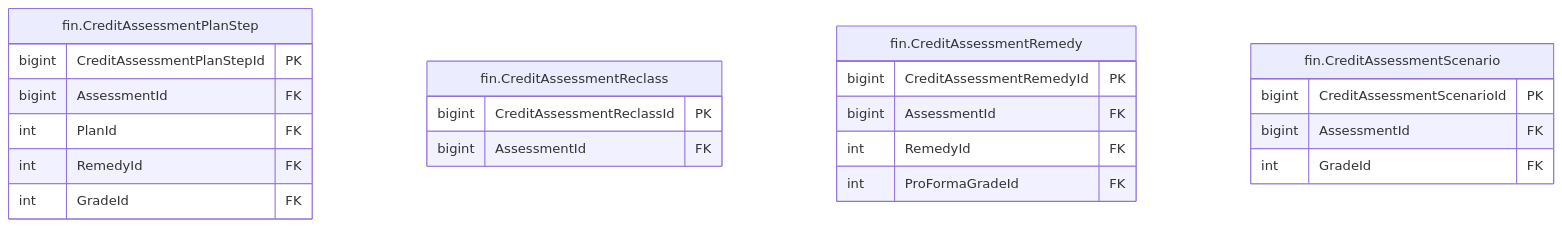
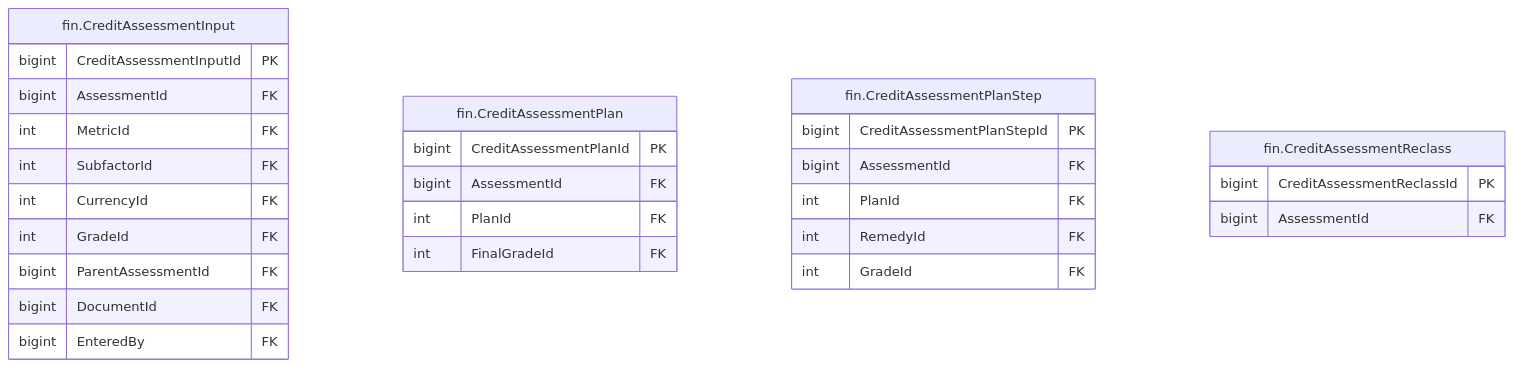
One commit to thawrasy/smartlines changed the diagram in treasury-platform/docs/diagrams/erd/m5_financials_4.mmd. Above: the diagram before and after it, drawn with Mermaid. The commit also changed 163 other files, not shown here.

```diff
--- a/treasury-platform/docs/diagrams/erd/m5_financials_4.mmd
+++ b/treasury-platform/docs/diagrams/erd/m5_financials_4.mmd
@@ -1,24 +1,30 @@
-%% م5 · البيانات المالية والأرصدة (4/11) — Financial statements & balances
+%% م5 · البيانات المالية والأرصدة (4/13) — Financial statements & balances
 erDiagram
+  fin_CreditAssessmentInput["fin.CreditAssessmentInput"] {
+    bigint CreditAssessmentInputId PK
+    bigint AssessmentId FK
+    int MetricId FK
+    int SubfactorId FK
+    int CurrencyId FK
+    int GradeId FK
+    bigint ParentAssessmentId FK
+    bigint DocumentId FK
+    bigint EnteredBy FK
+  }
+  fin_CreditAssessmentPlan["fin.CreditAssessmentPlan"] {
+    bigint CreditAssessmentPlanId PK
+    bigint AssessmentId FK
+    int PlanId FK
+    int FinalGradeId FK
+  }
   fin_CreditAssessmentPlanStep["fin.CreditAssessmentPlanStep"] {
     bigint CreditAssessmentPlanStepId PK
     bigint AssessmentId FK
     int PlanId FK
     int RemedyId FK
     int GradeId FK
   }
   fin_CreditAssessmentReclass["fin.CreditAssessmentReclass"] {
     bigint CreditAssessmentReclassId PK
     bigint AssessmentId FK
   }
-  fin_CreditAssessmentRemedy["fin.CreditAssessmentRemedy"] {
-    bigint CreditAssessmentRemedyId PK
-    bigint AssessmentId FK
-    int RemedyId FK
-    int ProFormaGradeId FK
-  }
-  fin_CreditAssessmentScenario["fin.CreditAssessmentScenario"] {
-    bigint CreditAssessmentScenarioId PK
-    bigint AssessmentId FK
-    int GradeId FK
-  }
```
